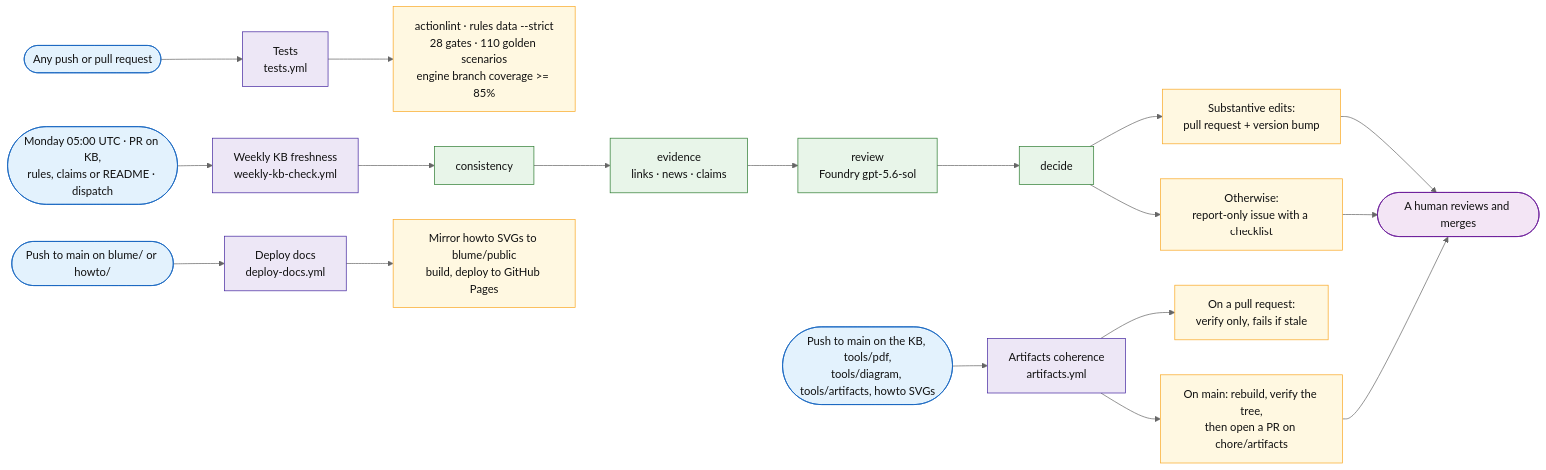
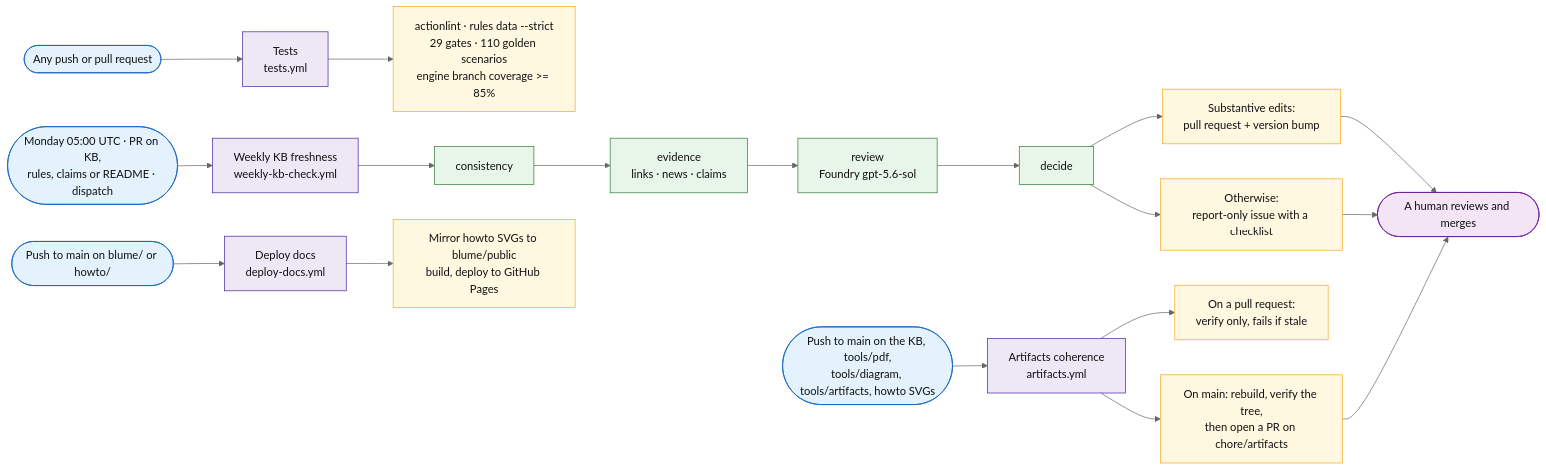
Before and after one commit to fredgis/sql-migration-advisor: the sixth of 6 diagrams in docs/sql-migration-advisor-developer-pitch.md, drawn with Mermaid (neutral theme). The commit also changed other lines of this file and 12 other files, not shown here.

````diff
--- a/docs/sql-migration-advisor-developer-pitch.md
+++ b/docs/sql-migration-advisor-developer-pitch.md
@@ -992,33 +992,33 @@
 ```mermaid
 flowchart LR
     G1([Any push or pull request]) --> W1[Tests<br/>tests.yml]
     G2([Monday 05:00 UTC · PR on KB,<br/>rules, claims or README · dispatch]) --> W2[Weekly KB freshness<br/>weekly-kb-check.yml]
     G3([Push to main on the KB, tools/pdf,<br/>tools/diagram, tools/artifacts, howto SVGs]) --> W3[Artifacts coherence<br/>artifacts.yml]
     G4([Push to main on blume/ or howto/]) --> W4[Deploy docs<br/>deploy-docs.yml]
 
-    W1 --> O1[actionlint · rules data --strict<br/>28 gates · 110 golden scenarios<br/>engine branch coverage >= 85%]
+    W1 --> O1[actionlint · rules data --strict<br/>29 gates · 110 golden scenarios<br/>engine branch coverage >= 85%]
 
     W2 --> C1[consistency] --> C2[evidence<br/>links · news · claims] --> C3[review<br/>Foundry gpt-5.6-sol] --> C4[decide]
     C4 --> O2a[Substantive edits:<br/>pull request + version bump]
     C4 --> O2b[Otherwise:<br/>report-only issue with a checklist]
 
     W3 --> O3a[On a pull request:<br/>verify only, fails if stale]
     W3 --> O3b[On main: rebuild, verify the tree,<br/>then open a PR on chore/artifacts]
 
     W4 --> O4[Mirror howto SVGs to blume/public<br/>build, deploy to GitHub Pages]
 
     O2a --> H([A human reviews and merges])
     O2b --> H
     O3b --> H
 
     classDef trig fill:#e3f2fd,stroke:#1565c0,color:#111
     classDef flow fill:#ede7f6,stroke:#4527a0,color:#111
     classDef step fill:#e8f5e9,stroke:#2e7d32,color:#111
     classDef out fill:#fff8e1,stroke:#f9a825,color:#111
     classDef human fill:#f3e5f5,stroke:#6a1b9a,color:#111
     class G1,G2,G3,G4 trig
     class W1,W2,W3,W4 flow
     class C1,C2,C3,C4 step
     class O1,O2a,O2b,O3a,O3b,O4 out
     class H human
 ```
````
